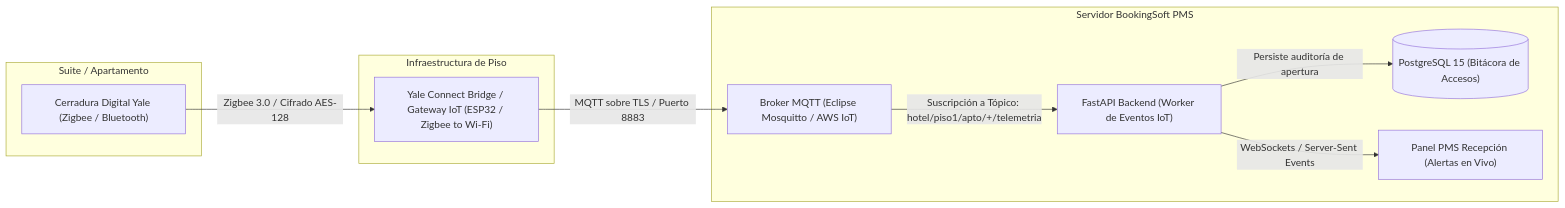
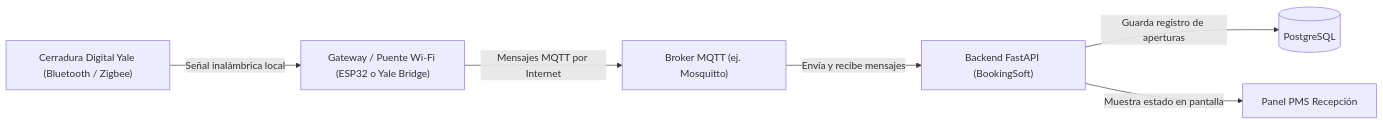
One commit to bookingsoftHOTELFACILE/PROYECTO_FACILE changed the diagram in docs/arquitectura/PROPUESTA_IOT_CERRADURAS_YALE.md. Above: the diagram before and after it, drawn with Mermaid. The commit also changed other lines of this file and 11 other files, not shown here.

````diff
--- a/docs/arquitectura/PROPUESTA_IOT_CERRADURAS_YALE.md
+++ b/docs/arquitectura/PROPUESTA_IOT_CERRADURAS_YALE.md
@@ -21,23 +19,8 @@
 ```mermaid
 flowchart LR
-    subgraph Habitacion["Suite / Apartamento"]
-        YaleLock["Cerradura Digital Yale (Zigbee / Bluetooth)"]
-    end
-
-    subgraph PisoHotel["Infraestructura de Piso"]
-        YaleBridge["Yale Connect Bridge / Gateway IoT (ESP32 / Zigbee to Wi-Fi)"]
-    end
-
-    subgraph CloudPMS["Servidor BookingSoft PMS"]
-        MQTTBroker["Broker MQTT (Eclipse Mosquitto / AWS IoT)"]
-        FastAPIBackend["FastAPI Backend (Worker de Eventos IoT)"]
-        PostgresDB[("PostgreSQL 15 (Bitácora de Accesos)")]
-        PMSDashboard["Panel PMS Recepción (Alertas en Vivo)"]
-    end
-
-    YaleLock -->|Zigbee 3.0 / Cifrado AES-128| YaleBridge
-    YaleBridge -->|MQTT sobre TLS / Puerto 8883| MQTTBroker
-    MQTTBroker -->|Suscripción a Tópico: hotel/piso1/apto/+/telemetria| FastAPIBackend
-    FastAPIBackend -->|Persiste auditoría de apertura| PostgresDB
-    FastAPIBackend -->|WebSockets / Server-Sent Events| PMSDashboard
+    Cerradura["Cerradura Digital Yale (Bluetooth / Zigbee)"] -->|Señal inalámbrica local| Bridge["Gateway / Puente Wi-Fi (ESP32 o Yale Bridge)"]
+    Bridge -->|Mensajes MQTT por Internet| Broker["Broker MQTT (ej. Mosquitto)"]
+    Broker -->|Envía y recibe mensajes| Backend["Backend FastAPI (BookingSoft)"]
+    Backend -->|Guarda registro de aperturas| DB[("PostgreSQL")]
+    Backend -->|Muestra estado en pantalla| PMS["Panel PMS Recepción"]
 ```
````
